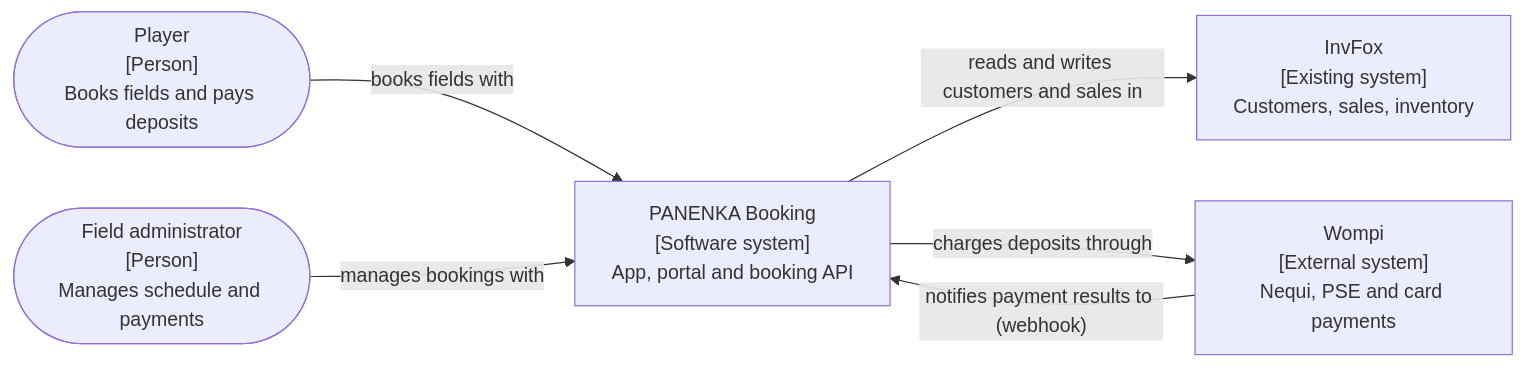
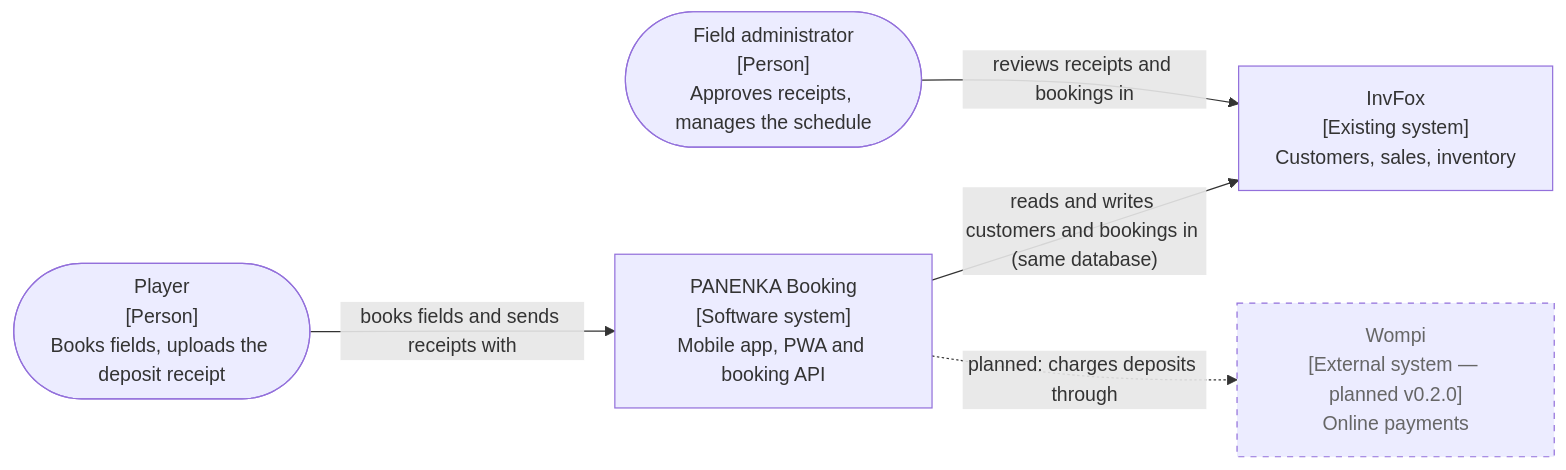
The first of 3 diagrams in 01-architecture/architecture-overview.md (AndresGalindo2227/pnk-docs), drawn with Mermaid before and after one commit. The commit also changed other lines of this file and 1 other file, not shown here.

Commit message:
docs(architecture): align C4 diagrams with v0.1.0, add deployment view, store per screen (#20)

````diff
--- a/01-architecture/architecture-overview.md
+++ b/01-architecture/architecture-overview.md
@@ -9,14 +11,16 @@
 ```mermaid
 flowchart LR
-    player(["Player<br/>[Person]<br/>Books fields and pays deposits"])
-    admin(["Field administrator<br/>[Person]<br/>Manages schedule and payments"])
-    pnk["PANENKA Booking<br/>[Software system]<br/>App, portal and booking API"]
+    player(["Player<br/>[Person]<br/>Books fields, uploads the deposit receipt"])
+    admin(["Field administrator<br/>[Person]<br/>Approves receipts, manages the schedule"])
+    pnk["PANENKA Booking<br/>[Software system]<br/>Mobile app, PWA and booking API"]
     invfox["InvFox<br/>[Existing system]<br/>Customers, sales, inventory"]
-    wompi["Wompi<br/>[External system]<br/>Nequi, PSE and card payments"]
+    wompi["Wompi<br/>[External system — planned v0.2.0]<br/>Online payments"]
 
-    player -->|"books fields with"| pnk
-    admin -->|"manages bookings with"| pnk
-    pnk -->|"reads and writes customers and sales in"| invfox
-    pnk -->|"charges deposits through"| wompi
-    wompi -->|"notifies payment results to (webhook)"| pnk
+    player -->|"books fields and sends receipts with"| pnk
+    admin -->|"reviews receipts and bookings in"| invfox
+    pnk -->|"reads and writes customers and bookings in (same database)"| invfox
+    pnk -.->|"planned: charges deposits through"| wompi
+
+    classDef planned stroke-dasharray: 5 5,color:#666
+    class wompi planned
 ```
````
